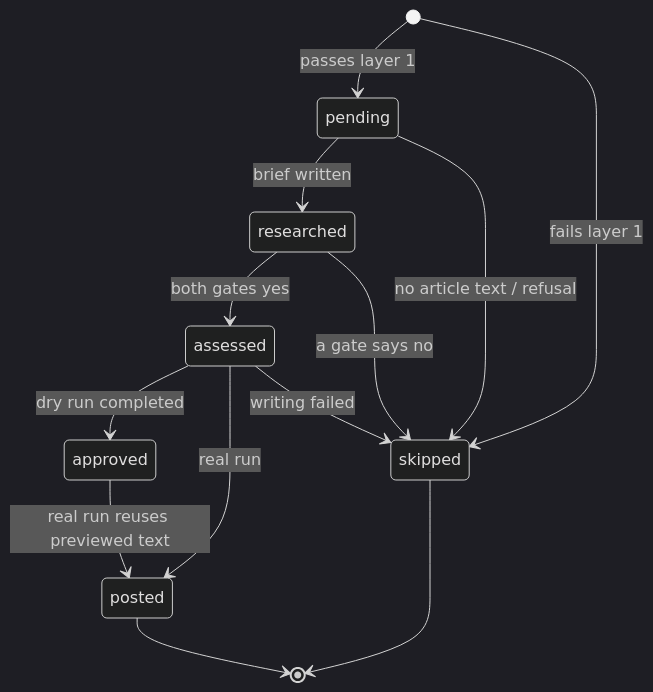
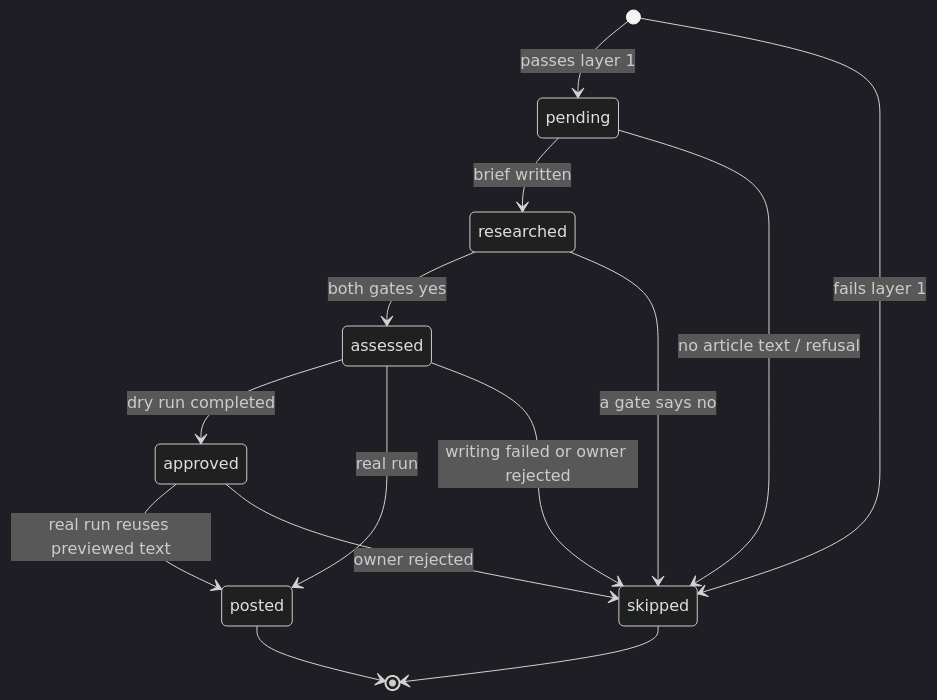
The third of 4 diagrams in docs/ARCHITECTURE.md (sbanthia92/why-do-people-live-here), drawn with Mermaid (dark theme) before and after one commit. The commit also changed other lines of this file and 10 other files, not shown here.

````diff
--- a/docs/ARCHITECTURE.md
+++ b/docs/ARCHITECTURE.md
@@ -140,15 +141,16 @@
 ```mermaid
 stateDiagram-v2
     [*] --> pending: passes layer 1
     [*] --> skipped: fails layer 1
     pending --> researched: brief written
     pending --> skipped: no article text / refusal
     researched --> assessed: both gates yes
     researched --> skipped: a gate says no
     assessed --> approved: dry run completed
     assessed --> posted: real run
-    assessed --> skipped: writing failed
+    assessed --> skipped: writing failed or owner rejected
     approved --> posted: real run reuses previewed text
+    approved --> skipped: owner rejected
     posted --> [*]
     skipped --> [*]
 ```
````
